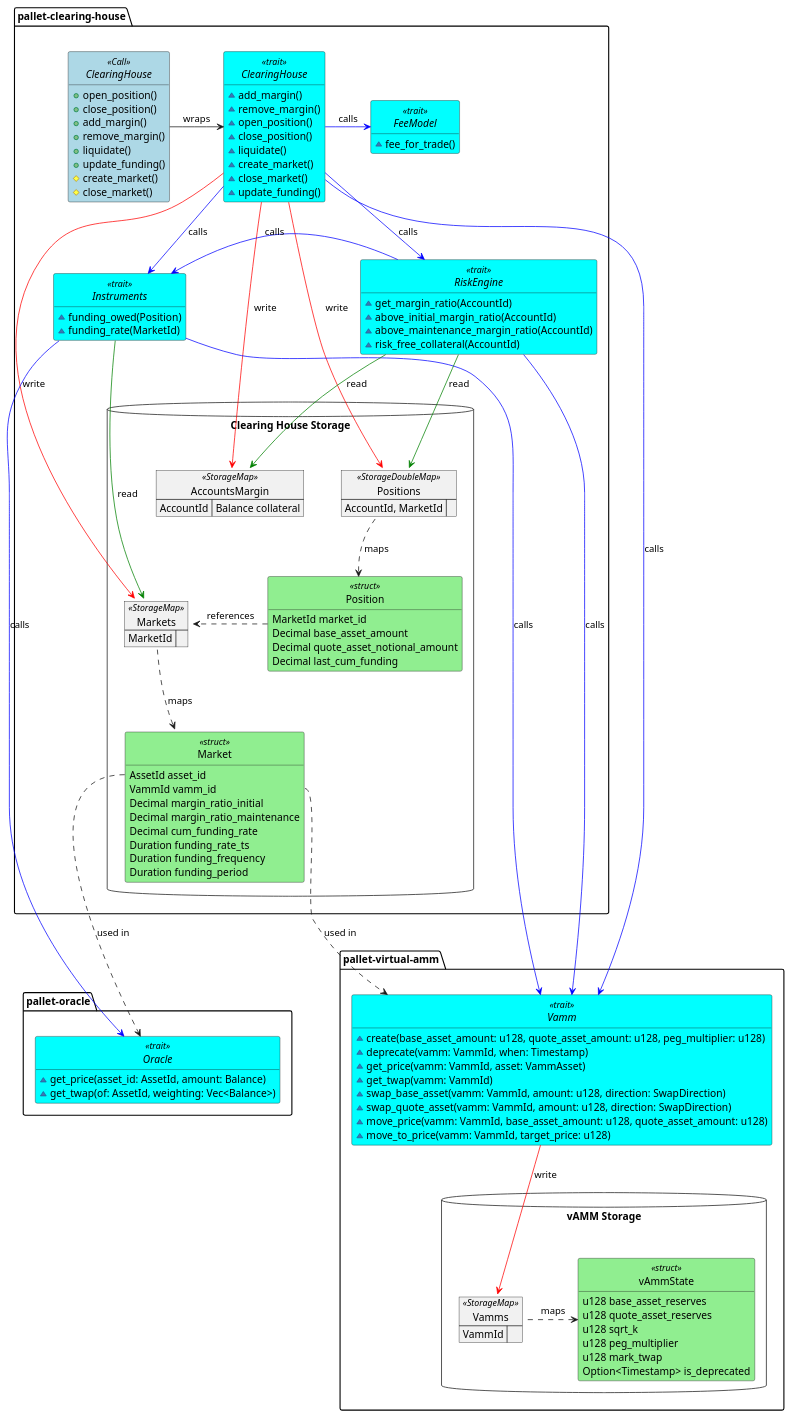
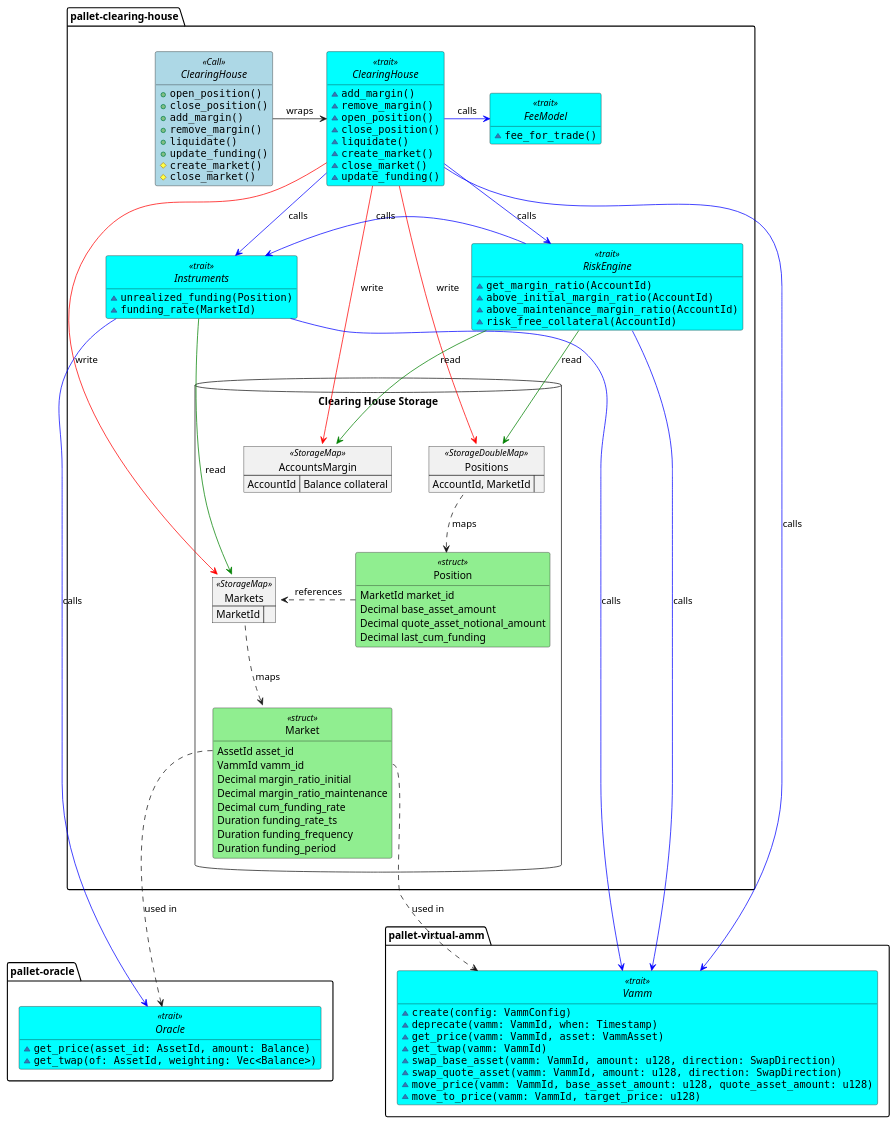
One commit to ComposableFi/composable changed the diagram in frame/clearing-house/diagrams/clearing-house.plantuml. Above: the diagram before and after it, drawn with PlantUML.

Commit message:
docs(CH): update clearing-house.plantuml
* Rename funding_owed to unrealized_funding
* Use monospaced font for function signatures
* Remove details other than trait interfaces for external pallets

```diff
--- a/frame/clearing-house/diagrams/clearing-house.plantuml
+++ b/frame/clearing-house/diagrams/clearing-house.plantuml
@@ -1,173 +1,156 @@
 @startuml clearing-house
 
 <style>
 .struct {
     BackgroundColor LightGreen
 }
 .Call {
     BackgroundColor LightBlue
 }
 .trait {
     BackgroundColor Cyan
 }
 </style>
 
 package "pallet-clearing-house" {
     interface ClearingHouse <<Call>> {
-        + open_position()
-        + close_position()
-        + add_margin()
-        + remove_margin()
-        + liquidate()
-        + update_funding()
-        # create_market()
-        # close_market()
+        + ""open_position()""
+        + ""close_position()""
+        + ""add_margin()""
+        + ""remove_margin()""
+        + ""liquidate()""
+        + ""update_funding()""
+        # ""create_market()""
+        # ""close_market()""
     }
 
     interface "ClearingHouse" as CH <<trait>> {
-        ~ add_margin()
-        ~ remove_margin()
-        ~ open_position()
-        ~ close_position()
-        ~ liquidate()
-        ~ create_market()
-        ~ close_market()
-        ~ update_funding()
+        ~ ""add_margin()""
+        ~ ""remove_margin()""
+        ~ ""open_position()""
+        ~ ""close_position()""
+        ~ ""liquidate()""
+        ~ ""create_market()""
+        ~ ""close_market()""
+        ~ ""update_funding()""
     }
     
     interface "RiskEngine" as RETrait <<trait>> {
-        ~ get_margin_ratio(AccountId)
-        ~ above_initial_margin_ratio(AccountId)
-        ~ above_maintenance_margin_ratio(AccountId)
-        ~ risk_free_collateral(AccountId)
+        ~ ""get_margin_ratio(AccountId)""
+        ~ ""above_initial_margin_ratio(AccountId)""
+        ~ ""above_maintenance_margin_ratio(AccountId)""
+        ~ ""risk_free_collateral(AccountId)""
         '~ get_free_collateral()
     }
     
     interface "Instruments" as ITrait <<trait>> {
-        ~ funding_owed(Position)
-        ~ funding_rate(MarketId)
+        ~ ""unrealized_funding(Position)""
+        ~ ""funding_rate(MarketId)""
     }
 
     interface "FeeModel" as FTrait <<trait>> {
-        ~ fee_for_trade()
+        ~ ""fee_for_trade()""
     }
 
     database "Clearing House Storage" {
         map "AccountsMargin" as MarginAccounts <<StorageMap>> {
             AccountId => Balance collateral
         }
 
         map Positions <<StorageDoubleMap>> {
             AccountId, MarketId =>
         }
 
         map Markets <<StorageMap>> {
             MarketId =>
         }
 
         class Position <<struct>> {
             MarketId market_id
             Decimal base_asset_amount
             Decimal quote_asset_notional_amount
             Decimal last_cum_funding
         }
 
         class Market <<struct>> {
             AssetId asset_id
             VammId vamm_id
             Decimal margin_ratio_initial
             Decimal margin_ratio_maintenance
             Decimal cum_funding_rate
             Duration funding_rate_ts
             Duration funding_frequency
             Duration funding_period
         }
     }
 }
 
 package "pallet-virtual-amm" {
     interface "Vamm" as vAmm <<trait>> {
-        ~ create(base_asset_amount: u128, quote_asset_amount: u128, peg_multiplier: u128)
-        ~ deprecate(vamm: VammId, when: Timestamp)
-        ~ get_price(vamm: VammId, asset: VammAsset)
-        ~ get_twap(vamm: VammId)
-        ~ swap_base_asset(vamm: VammId, amount: u128, direction: SwapDirection)
-        ~ swap_quote_asset(vamm: VammId, amount: u128, direction: SwapDirection)
-        ~ move_price(vamm: VammId, base_asset_amount: u128, quote_asset_amount: u128)
-        ~ move_to_price(vamm: VammId, target_price: u128)
-    }
-    database "vAMM Storage" {
-        map "Vamms" as vAmms <<StorageMap>> {
-            VammId =>
-        }
-        class vAmmState <<struct>> {
-            u128 base_asset_reserves
-            u128 quote_asset_reserves
-            u128 sqrt_k
-            u128 peg_multiplier
-            u128 mark_twap
-            Option<Timestamp> is_deprecated
-        }
+        ~ ""create(config: VammConfig)""
+        ~ ""deprecate(vamm: VammId, when: Timestamp)""
+        ~ ""get_price(vamm: VammId, asset: VammAsset)""
+        ~ ""get_twap(vamm: VammId)""
+        ~ ""swap_base_asset(vamm: VammId, amount: u128, direction: SwapDirection)""
+        ~ ""swap_quote_asset(vamm: VammId, amount: u128, direction: SwapDirection)""
+        ~ ""move_price(vamm: VammId, base_asset_amount: u128, quote_asset_amount: u128)""
+        ~ ""move_to_price(vamm: VammId, target_price: u128)""
     }
 }
 
 package "pallet-oracle" {
     interface Oracle <<trait>> {
-        ~get_price(asset_id: AssetId, amount: Balance)
-        ~get_twap(of: AssetId, weighting: Vec<Balance>)
+        ~ ""get_price(asset_id: AssetId, amount: Balance)""
+        ~ ""get_twap(of: AssetId, weighting: Vec<Balance>)""
     }
 }
 
 hide empty members
 hide circle
 
 '================== Storage relationships
 Markets ..down> Market : maps
 Market::vamm_id ..> vAmm : used in
 Market::asset_id ..> Oracle : used in
 
 Positions ..down> Position: maps
 Position ..right> Markets : references
 
 '================== Control flow relationships             
 ClearingHouse -> CH : wraps
 
 CH -[#blue]-> ITrait : calls
 
 'add_margin
 'remove_margin
 CH -[#red]-> MarginAccounts : write
 
 'create_market
 'close_market
 CH -[#red]-> Markets : write
 
 'remove_margin
 CH -[#blue]-> RETrait : calls
 
 'open_position
 'close_position
 'liquidate
 CH -[#red]-> Positions : write
 CH -[#blue]right> FTrait : calls
 
 'open_position
 'close_position
 CH -[#blue]-> vAmm : calls
 
 'update_funding
 ITrait -[#green]-> Markets : read
 ITrait -[#blue]-> Oracle : calls
 ITrait -[#blue]-> vAmm : calls
 
 'get_margin_ratio
 RETrait -[#green]-> MarginAccounts : read
 RETrait -[#green]-> Positions : read
 RETrait -left[#blue]> ITrait : calls
 RETrait -[#blue]-> vAmm : calls
 
-'vAMM
-vAmm -down[#red]-> vAmms : write
-vAmms ..right> vAmmState : maps
-
 @enduml
```
